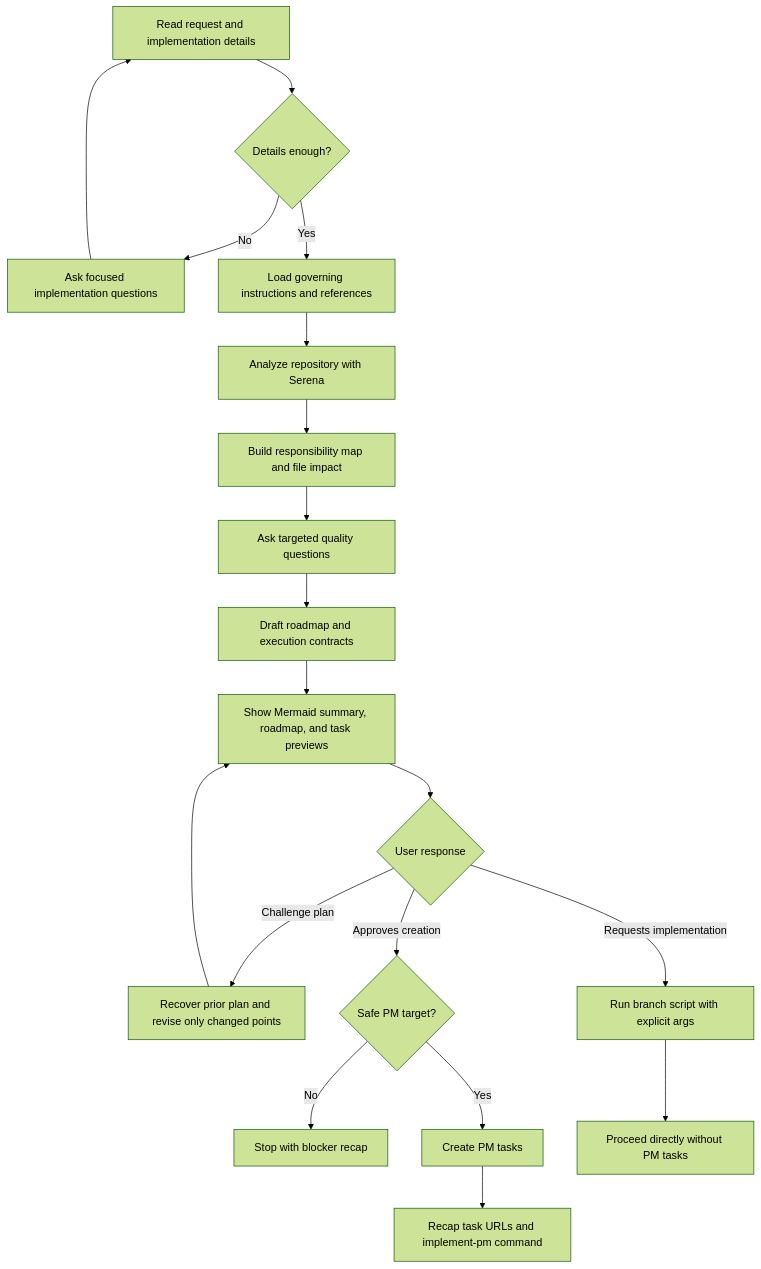
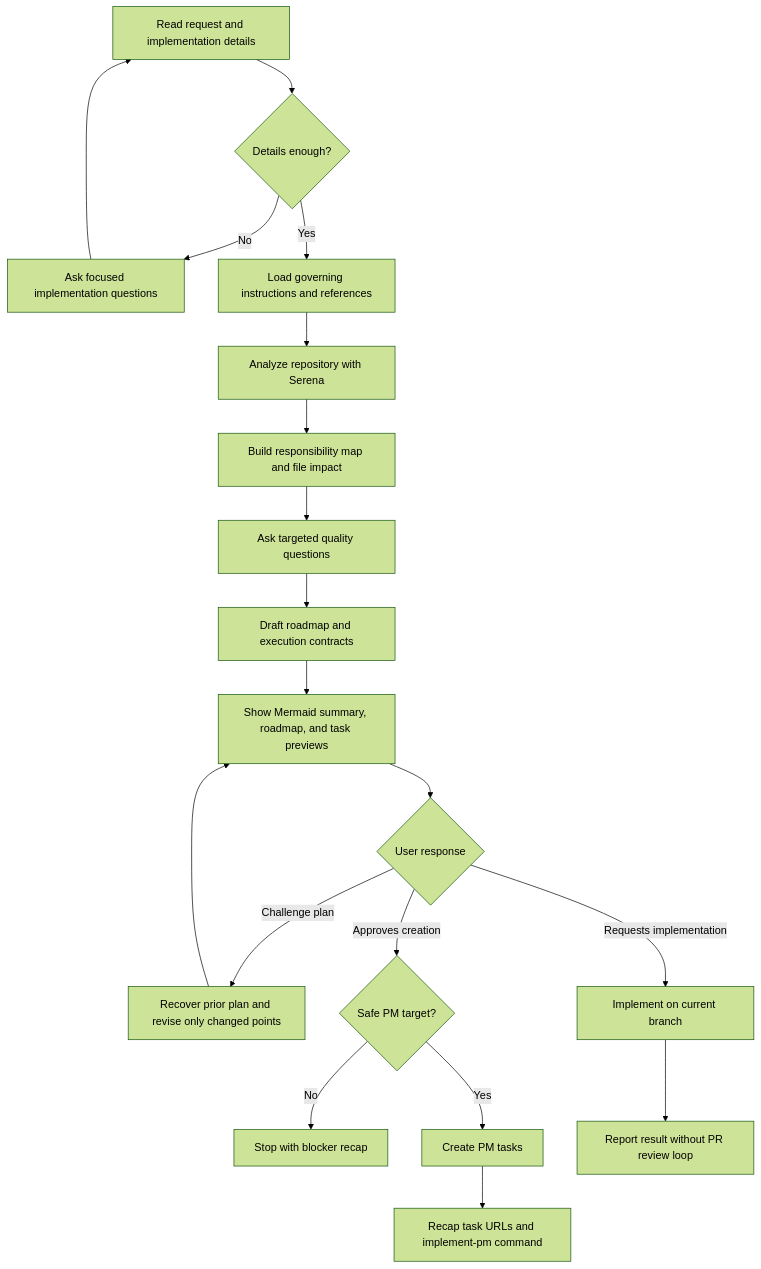
The diagram in skills/feed-pm/SKILL.md (mvagnon/plan-based-agentic-workflow), drawn with Mermaid (forest theme) before and after one commit. The commit also changed other lines of this file and 2 other files, not shown here.

Commit message:
update mermaids in readme

````diff
--- a/skills/feed-pm/SKILL.md
+++ b/skills/feed-pm/SKILL.md
@@ -30,21 +30,21 @@
 ```mermaid
 flowchart TD
   A[Read request and implementation details] --> B{Details enough?}
   B -->|No| C[Ask focused implementation questions]
   C --> A
   B -->|Yes| D[Load governing instructions and references]
   D --> E[Analyze repository with Serena]
   E --> F[Build responsibility map and file impact]
   F --> G[Ask targeted quality questions]
   G --> H[Draft roadmap and execution contracts]
   H --> I[Show Mermaid summary, roadmap, and task previews]
   I --> J{User response}
   J -->|Challenge plan| K[Recover prior plan and revise only changed points]
   K --> I
   J -->|Approves creation| L{Safe PM target?}
   L -->|No| M[Stop with blocker recap]
   L -->|Yes| N[Create PM tasks]
   N --> O[Recap task URLs and implement-pm command]
-  J -->|Requests implementation| P[Run branch script with explicit args]
-  P --> Q[Proceed directly without PM tasks]
+  J -->|Requests implementation| P[Implement on current branch]
+  P --> Q[Report result without PR review loop]
 ```
````
